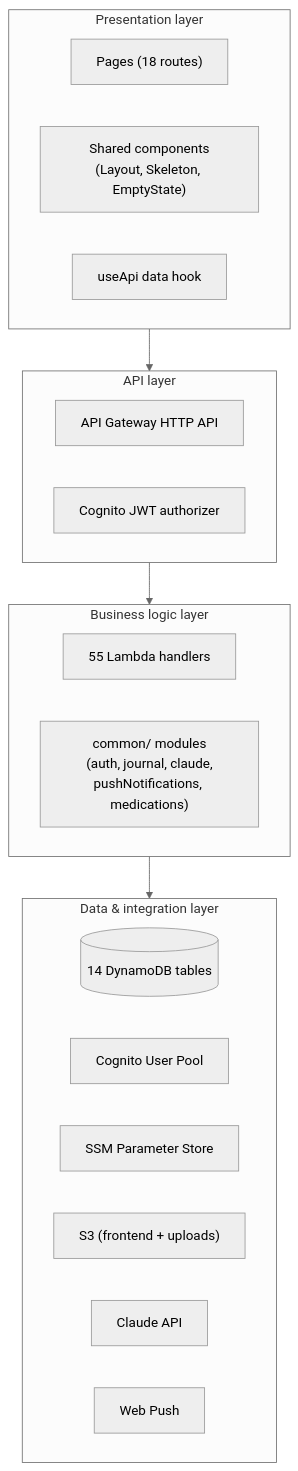
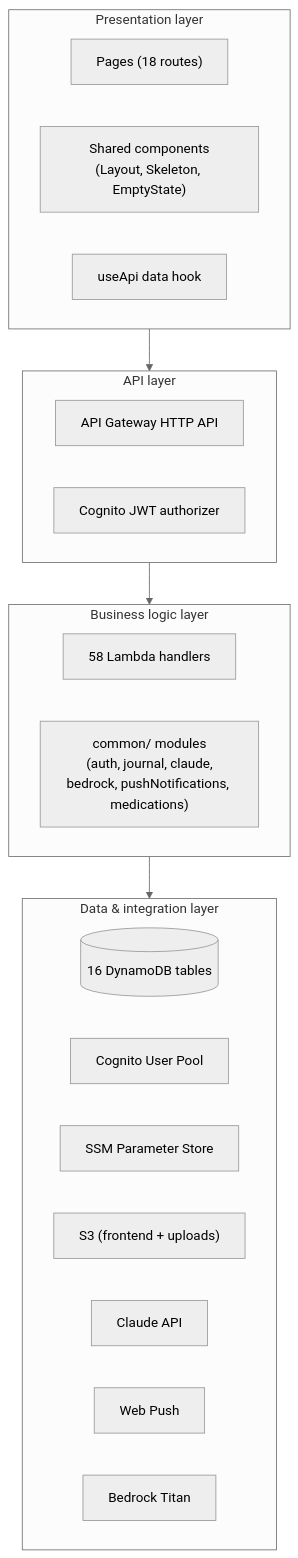
One commit to pragya0905/LifeOS changed the second of 8 diagrams in docs/HLD_LLD.md. Above: the diagram before and after it, drawn with Mermaid (neutral theme). The commit also changed other lines of this file and 2 other files, not shown here.

````diff
--- a/docs/HLD_LLD.md
+++ b/docs/HLD_LLD.md
@@ -115,30 +121,31 @@
 ```mermaid
 flowchart TB
     subgraph L1["Presentation layer"]
       direction LR
       P1["Pages (18 routes)"]
       P2["Shared components<br/>(Layout, Skeleton, EmptyState)"]
       P3["useApi data hook"]
     end
     subgraph L2["API layer"]
       direction LR
       A1["API Gateway HTTP API"]
       A2["Cognito JWT authorizer"]
     end
     subgraph L3["Business logic layer"]
       direction LR
-      B1["55 Lambda handlers"]
-      B2["common/ modules<br/>(auth, journal, claude,<br/>pushNotifications, medications)"]
+      B1["58 Lambda handlers"]
+      B2["common/ modules<br/>(auth, journal, claude,<br/>bedrock, pushNotifications, medications)"]
     end
     subgraph L4["Data & integration layer"]
       direction LR
-      D1[("14 DynamoDB tables")]
+      D1[("16 DynamoDB tables")]
       D2["Cognito User Pool"]
       D3["SSM Parameter Store"]
       D4["S3 (frontend + uploads)"]
       D5["Claude API"]
       D6["Web Push"]
+      D7["Bedrock Titan"]
     end
 
     L1 --> L2 --> L3 --> L4
 ```
````
